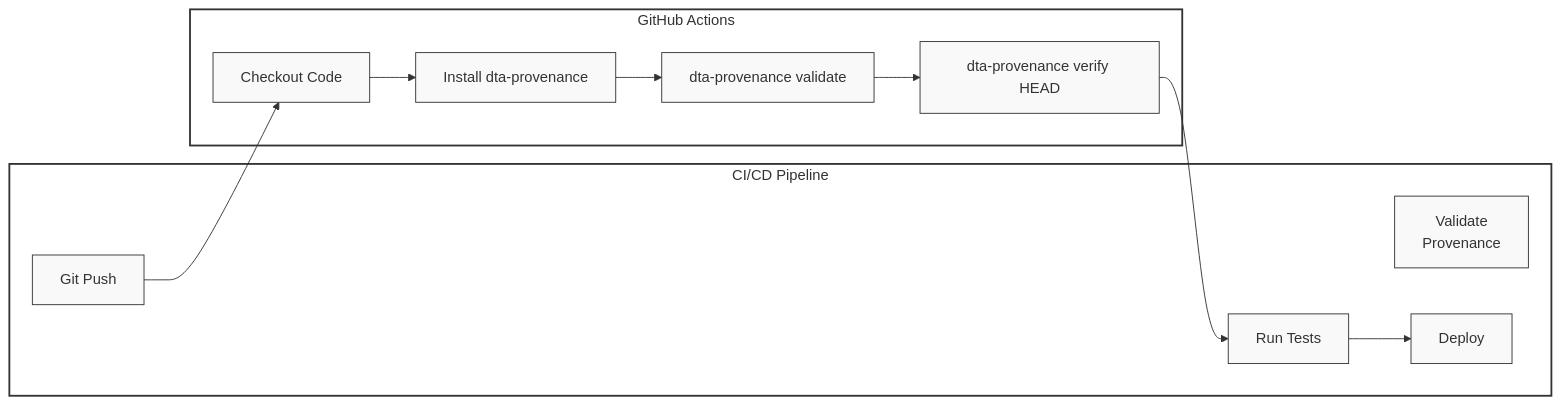
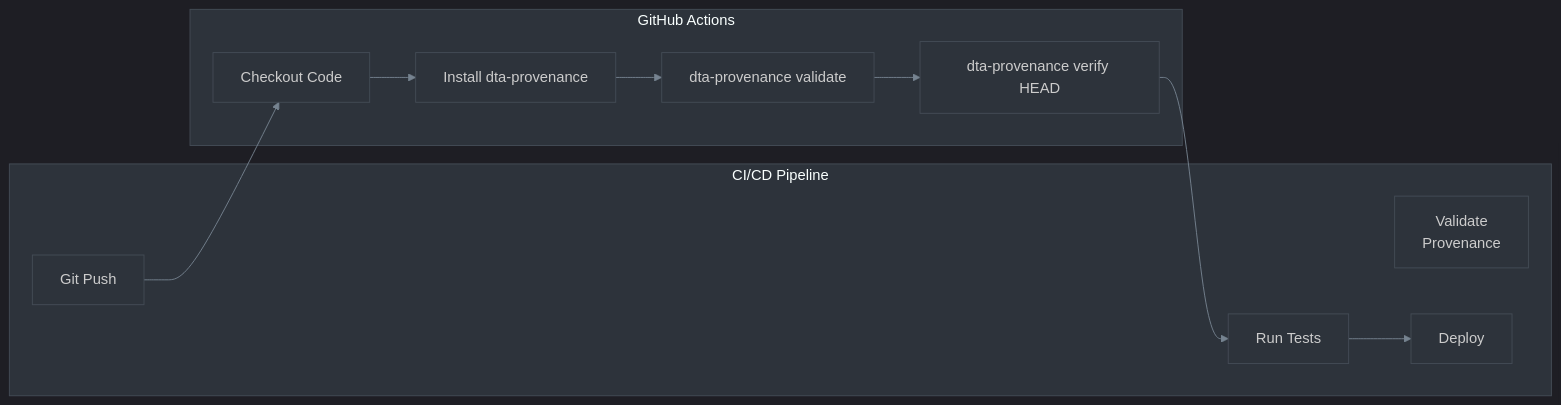
One commit to Ricoledan/dta-provenance-demo changed diagram 12 of 17 in docs/ARCHITECTURE.md. Above: the diagram before and after it, drawn with Mermaid. The commit also changed other lines of this file and 1 other file, not shown here.

First line of the commit message:
Update Mermaid diagrams to dark theme

````diff
--- a/docs/ARCHITECTURE.md
+++ b/docs/ARCHITECTURE.md
@@ -395,34 +333,25 @@
 ```mermaid
+%%{init: {"theme":"dark","themeVariables":{"darkMode":true,"background":"#0d1117","primaryColor":"#2d333b","primaryTextColor":"#e6edf3","primaryBorderColor":"#444c56","lineColor":"#768390","secondaryColor":"#1c2128","tertiaryColor":"#22272e","clusterBkg":"#2d333b","clusterBorder":"#444c56","nodeTextColor":"#e6edf3","mainBkg":"#2d333b","secondBkg":"#22272e","edgeLabelBackground":"#2d333b","nodeBorder":"#444c56"}}}%%
 graph LR
     subgraph Pipeline["CI/CD Pipeline"]
         Push["Git Push"]
         Validate["Validate<br/>Provenance"]
         Test["Run Tests"]
         Deploy["Deploy"]
     end
 
     subgraph Actions["GitHub Actions"]
         Checkout["Checkout Code"]
         Install["Install dta-provenance"]
         Check["dta-provenance validate"]
         Verify["dta-provenance verify HEAD"]
     end
 
     Push --> Checkout
     Checkout --> Install
     Install --> Check
     Check --> Verify
     Verify --> Test
     Test --> Deploy
 
-    style Pipeline fill:#fff,stroke:#333,stroke-width:2px
-    style Actions fill:#fff,stroke:#333,stroke-width:2px
-    style Push fill:#f9f9f9,stroke:#333,stroke-width:1px
-    style Validate fill:#f9f9f9,stroke:#333,stroke-width:1px
-    style Test fill:#f9f9f9,stroke:#333,stroke-width:1px
-    style Deploy fill:#f9f9f9,stroke:#333,stroke-width:1px
-    style Checkout fill:#f9f9f9,stroke:#333,stroke-width:1px
-    style Install fill:#f9f9f9,stroke:#333,stroke-width:1px
-    style Check fill:#f9f9f9,stroke:#333,stroke-width:1px
-    style Verify fill:#f9f9f9,stroke:#333,stroke-width:1px
 ```
````
